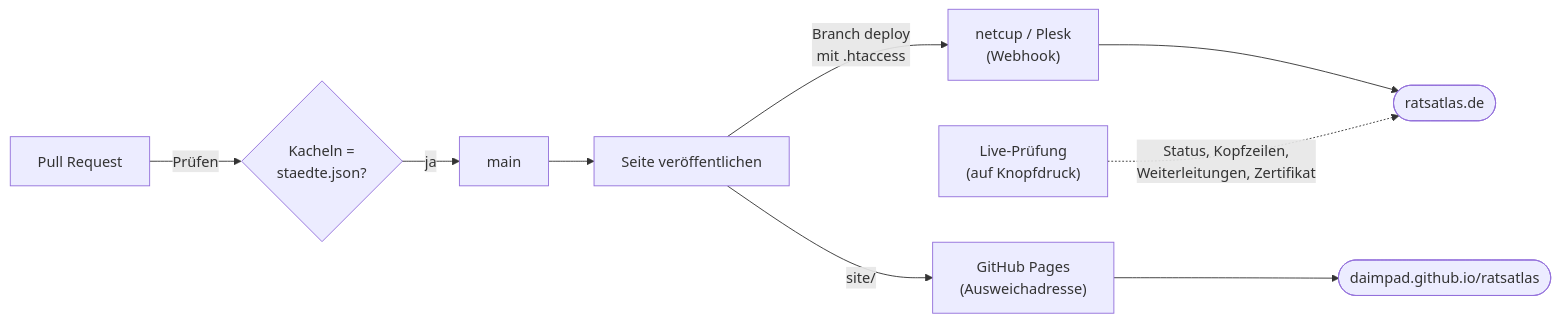
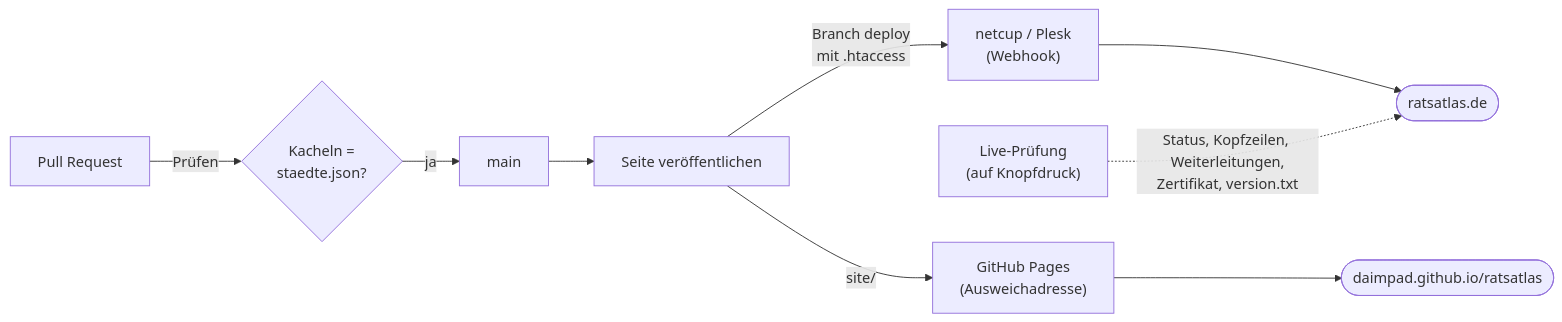
One commit to daimpad/ratsatlas changed the diagram in README.md. Above: the diagram before and after it, drawn with Mermaid. The commit also changed other lines of this file, not shown here.

Commit message:
README: Live-Prüfung vergleicht auch version.txt
Claude-Session: https://claude.ai/code/session_01GcBuaxmuy7pPB7nj42vGpZ

````diff
--- a/README.md
+++ b/README.md
@@ -46,11 +46,11 @@
 ```mermaid
 flowchart LR
     PR["Pull Request"] -->|Prüfen| P{"Kacheln =<br>staedte.json?"}
     P -->|ja| M["main"]
     M --> V["Seite veröffentlichen"]
     V -->|Branch deploy<br>mit .htaccess| D["netcup / Plesk<br>(Webhook)"]
     V -->|site/| G["GitHub Pages<br>(Ausweichadresse)"]
     D --> R(["ratsatlas.de"])
     G --> A(["daimpad.github.io/ratsatlas"])
-    L["Live-Prüfung<br>(auf Knopfdruck)"] -.->|Status, Kopfzeilen,<br>Weiterleitungen, Zertifikat| R
+    L["Live-Prüfung<br>(auf Knopfdruck)"] -.->|Status, Kopfzeilen, Weiterleitungen,<br>Zertifikat, version.txt| R
 ```
````
